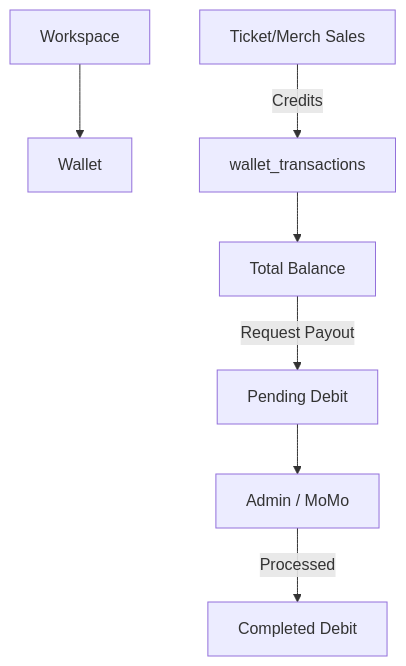
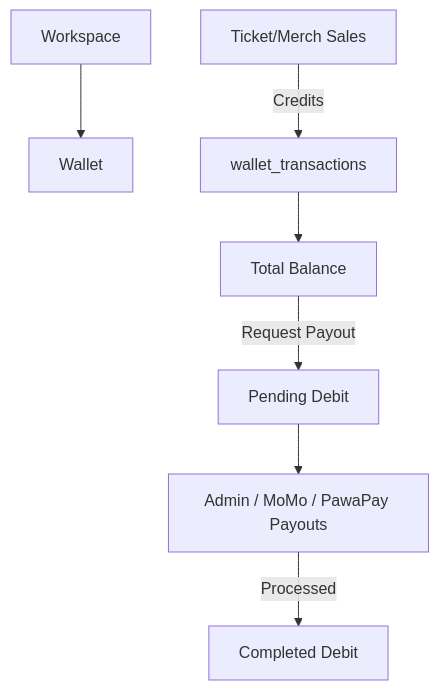
Diagram 12 of 50 in README.md (FEATHERS-GROUP/agatike-connect), drawn with Mermaid before and after one commit. The commit also changed other lines of this file, not shown here.

````diff
--- a/README.md
+++ b/README.md
@@ -280,9 +280,9 @@
 ```mermaid
 flowchart TD
   WS[Workspace] --> Wallet[Wallet]
   Sales[Ticket/Merch Sales] -->|Credits| Ledger[wallet_transactions]
   Ledger --> Balance[Total Balance]
   Balance -->|Request Payout| Withdraw[Pending Debit]
-  Withdraw --> Admin[Admin / MoMo]
+  Withdraw --> Admin[Admin / MoMo / PawaPay Payouts]
   Admin -->|Processed| Completed[Completed Debit]
 ```
````
